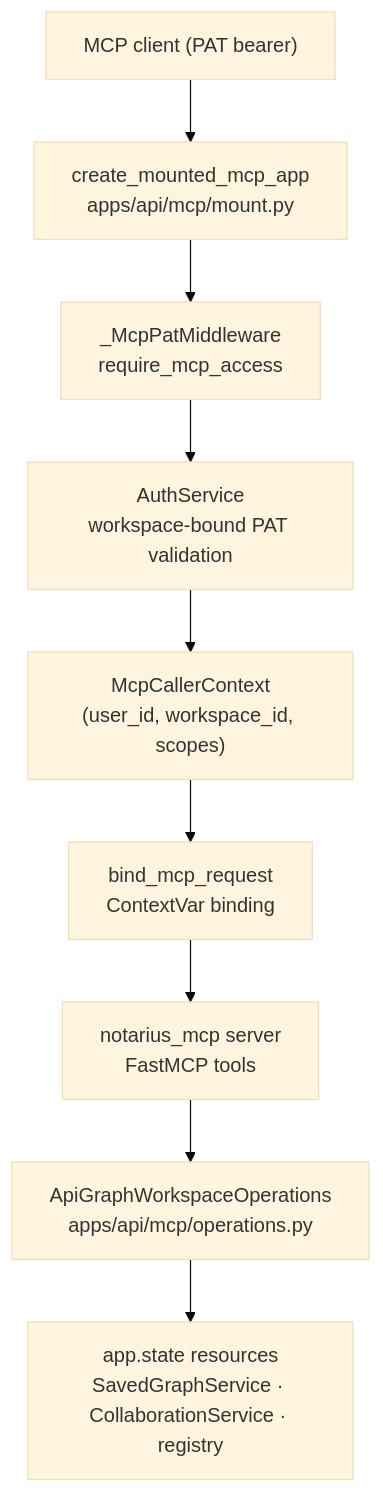
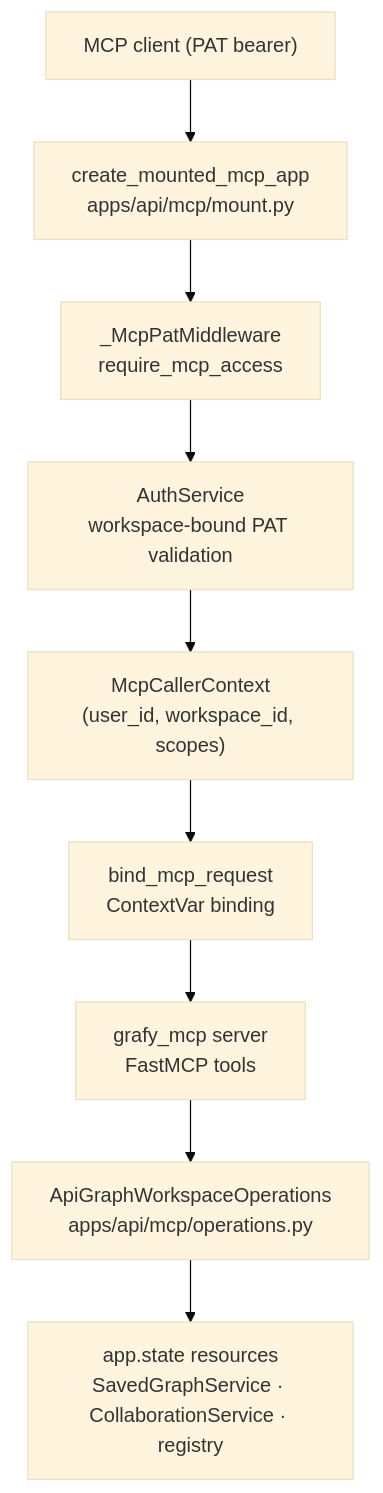
One commit to artpods56/KUL_IDUB_EcclesialSchematisms changed the fifth of 13 diagrams in docs/design/backend-architecture.md. Above: the diagram before and after it, drawn with Mermaid (base theme). The commit also changed other lines of this file and 575 other files, not shown here.

Commit message:
refactor: rename Notarius to Grafy

````diff
--- a/docs/design/backend-architecture.md
+++ b/docs/design/backend-architecture.md
@@ -209,11 +209,11 @@
 ```mermaid
 flowchart TB
     Agent["MCP client (PAT bearer)"] --> Mount["create_mounted_mcp_app\napps/api/mcp/mount.py"]
     Mount --> PatMW["_McpPatMiddleware\nrequire_mcp_access"]
     PatMW --> Auth["AuthService\nworkspace-bound PAT validation"]
     Auth --> Caller["McpCallerContext\n(user_id, workspace_id, scopes)"]
     Caller --> Bind["bind_mcp_request\nContextVar binding"]
-    Bind --> MCP["notarius_mcp server\nFastMCP tools"]
+    Bind --> MCP["grafy_mcp server\nFastMCP tools"]
     MCP --> Ops["ApiGraphWorkspaceOperations\napps/api/mcp/operations.py"]
     Ops --> App["app.state resources\nSavedGraphService · CollaborationService · registry"]
 ```
````
